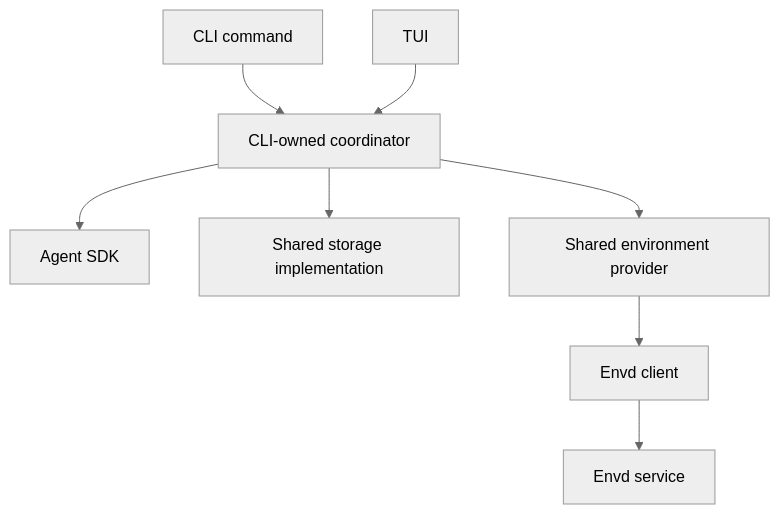
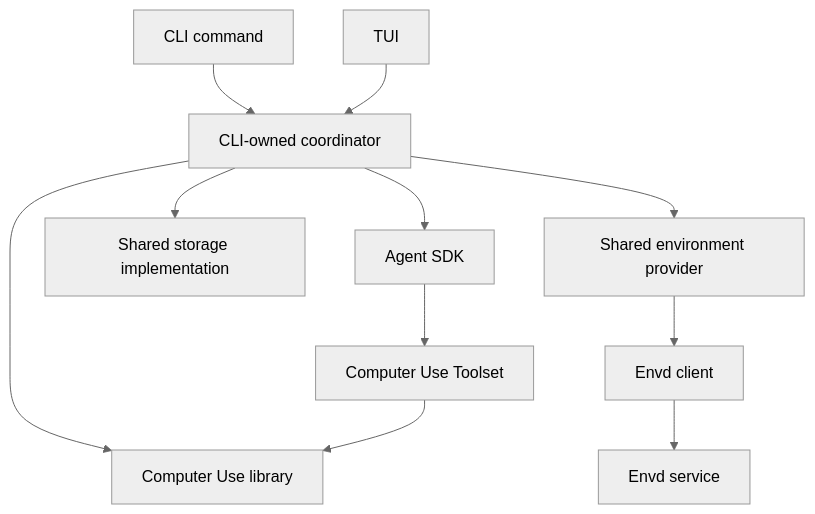
Before and after one commit to Wh1isper/starweaver: the first of 2 diagrams in spec/ops/04-cli-product.md, drawn with Mermaid (neutral theme). The commit also changed other lines of this file and 123 other files, not shown here.

````diff
--- a/spec/ops/04-cli-product.md
+++ b/spec/ops/04-cli-product.md
@@ -184,19 +184,24 @@
 ```mermaid
 flowchart TD
     command[CLI command]
     tui[TUI]
     coordinator[CLI-owned coordinator]
     agent[Agent SDK]
     storage[Shared storage implementation]
     environment[Shared environment provider]
     envd_client[Envd client]
     envd[Envd service]
+    computer_tools[Computer Use Toolset]
+    computer[Computer Use library]
 
     command --> coordinator
     tui --> coordinator
     coordinator --> agent
+    coordinator --> computer
     coordinator --> storage
     coordinator --> environment
+    agent --> computer_tools
+    computer_tools --> computer
     environment --> envd_client
     envd_client --> envd
 ```
````
